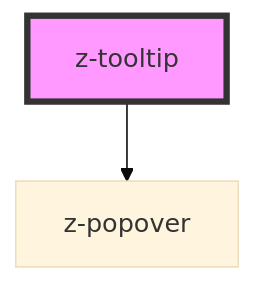
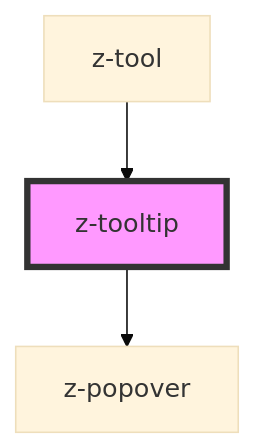
One commit to ZanichelliEditore/design-system changed the diagram in src/components/z-tooltip/readme.md. Above: the diagram before and after it, drawn with Mermaid (base theme). The commit also changed other lines of this file and 20 other files, not shown here.

````diff
--- a/src/components/z-tooltip/readme.md
+++ b/src/components/z-tooltip/readme.md
@@ -52,5 +56,6 @@
 ```mermaid
 graph TD;
   z-tooltip --> z-popover
+  z-tool --> z-tooltip
   style z-tooltip fill:#f9f,stroke:#333,stroke-width:4px
 ```
````
